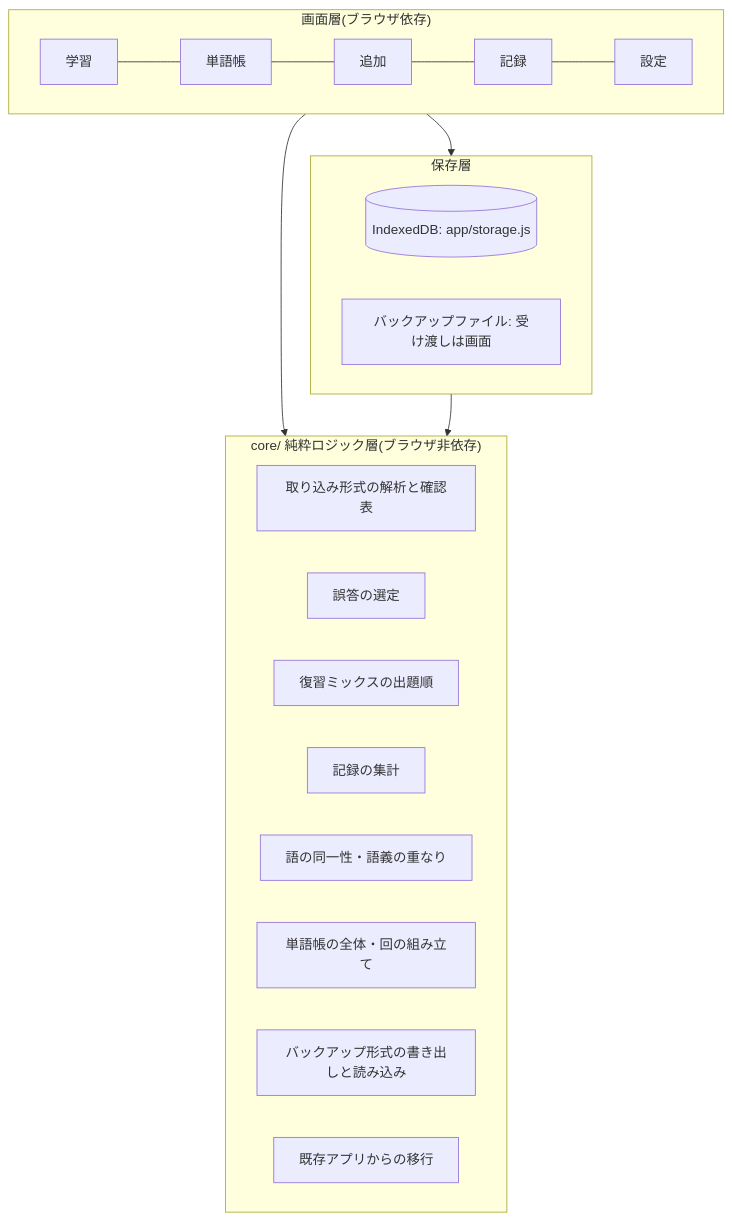
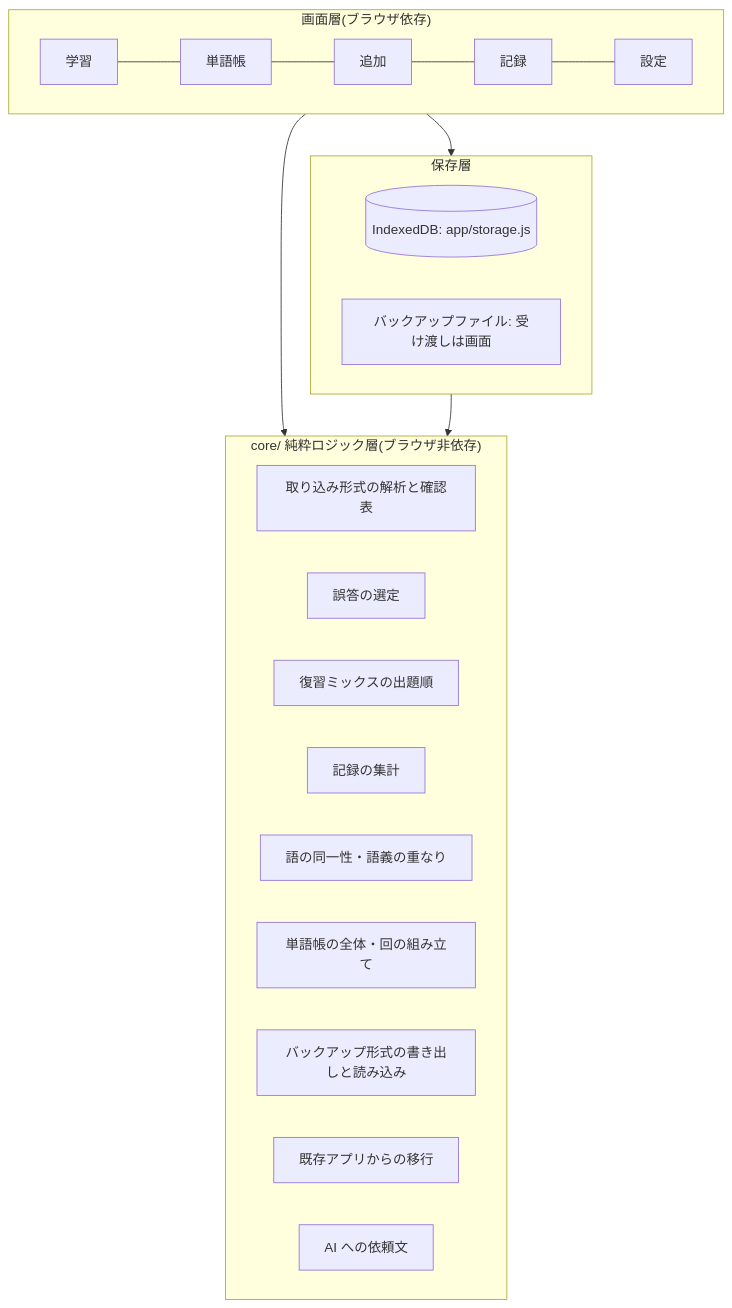
Before and after one commit to Hirano-Soura/tango-drill: the diagram in Docs/10_Design.md, drawn with Mermaid. The commit also changed other lines of this file and 23 other files, not shown here.

````diff
--- a/Docs/10_Design.md
+++ b/Docs/10_Design.md
@@ -36,26 +36,27 @@
 ```mermaid
 flowchart TB
   subgraph UI["画面層(ブラウザ依存)"]
     A[学習] --- B[単語帳]
     B --- C[追加]
     C --- D[記録]
     D --- E[設定]
   end
   subgraph CORE["core/ 純粋ロジック層(ブラウザ非依存)"]
     P[取り込み形式の解析と確認表]
     Q[誤答の選定]
     R[復習ミックスの出題順]
     S[記録の集計]
     T[語の同一性・語義の重なり]
     K[単語帳の全体・回の組み立て]
     V[バックアップ形式の書き出しと読み込み]
     M[既存アプリからの移行]
+    G[AI への依頼文]
   end
   subgraph STORE["保存層"]
     I[(IndexedDB: app/storage.js)]
     F[バックアップファイル: 受け渡しは画面]
   end
   UI --> CORE
   UI --> STORE
   STORE --> CORE
 ```
````
